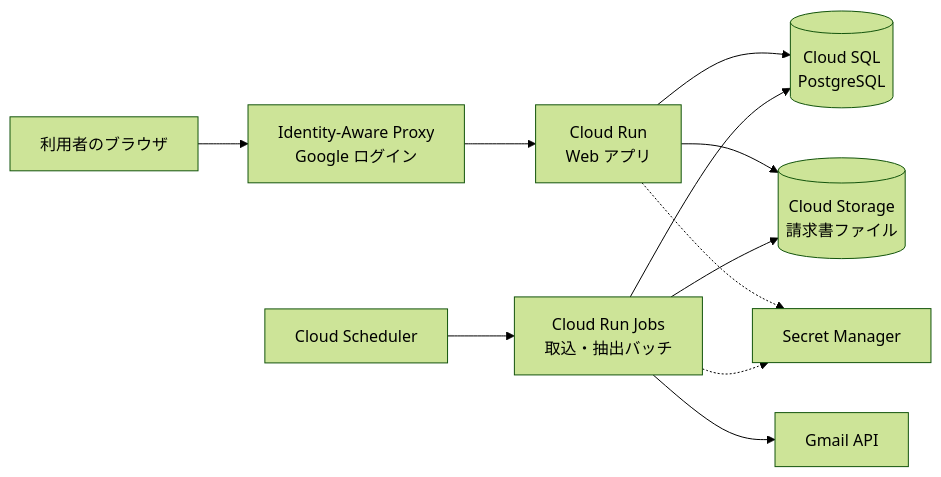
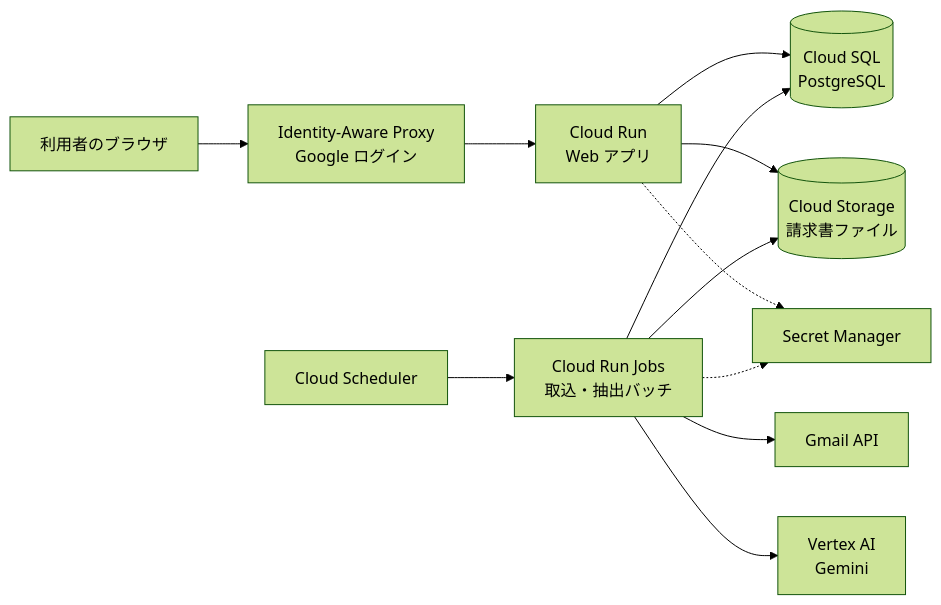
The first of 2 diagrams in docs/design/architecture.md (Sooohei/billing_automation_lab), drawn with Mermaid (forest theme) before and after one commit. The commit also changed other lines of this file and 3 other files, not shown here.

````diff
--- a/docs/design/architecture.md
+++ b/docs/design/architecture.md
@@ -27,13 +27,14 @@
 ```mermaid
 flowchart LR
     User[利用者のブラウザ] --> IAP[Identity-Aware Proxy<br>Google ログイン]
     IAP --> Run[Cloud Run<br>Web アプリ]
     Run --> SQL[(Cloud SQL<br>PostgreSQL)]
     Run --> GCS[(Cloud Storage<br>請求書ファイル)]
     Scheduler[Cloud Scheduler] --> Job[Cloud Run Jobs<br>取込・抽出バッチ]
     Job --> SQL
     Job --> GCS
     Job --> Gmail[Gmail API]
+    Job --> Gemini[Vertex AI<br>Gemini]
     Run -.-> Secret[Secret Manager]
     Job -.-> Secret
 ```
````
